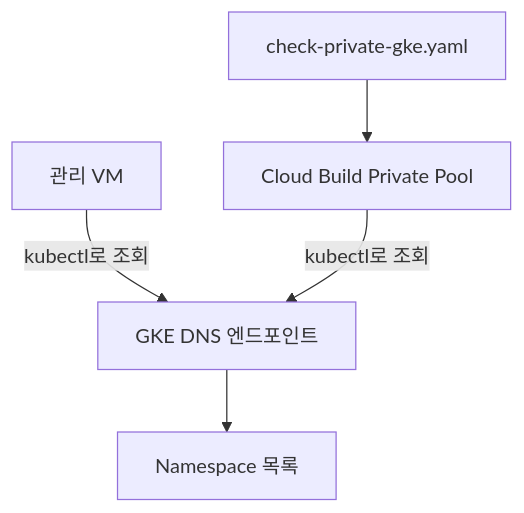
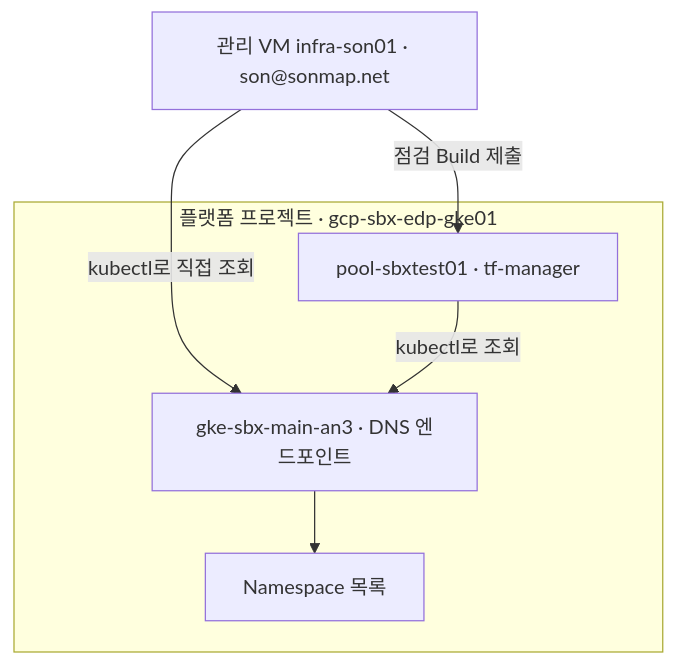
Before and after one commit to sonmap/GCP_SBX_Test01: the fifth of 7 diagrams in 01.docs/01-infra-setup.md, drawn with Mermaid. The commit also changed other lines of this file, not shown here.

Commit message:
Show project boundaries, resource names and operator roles in infrastructure diagrams

````diff
--- a/01.docs/01-infra-setup.md
+++ b/01.docs/01-infra-setup.md
@@ -549,7 +563,9 @@
 ```mermaid
 flowchart TD
-    V["관리 VM"] -->|kubectl로 조회| E["GKE DNS 엔드포인트"]
-    Y["check-private-gke.yaml"] --> P["Cloud Build Private Pool"]
-    P -->|kubectl로 조회| E
-    E --> N["Namespace 목록"]
+    V["관리 VM infra-son01 · son@sonmap.net"] -->|kubectl로 직접 조회| E
+    V -->|점검 Build 제출| B
+    subgraph P["플랫폼 프로젝트 · gcp-sbx-edp-gke01"]
+      B["pool-sbxtest01 · tf-manager"] -->|kubectl로 조회| E["gke-sbx-main-an3 · DNS 엔드포인트"]
+      E --> N["Namespace 목록"]
+    end
 ```
````
